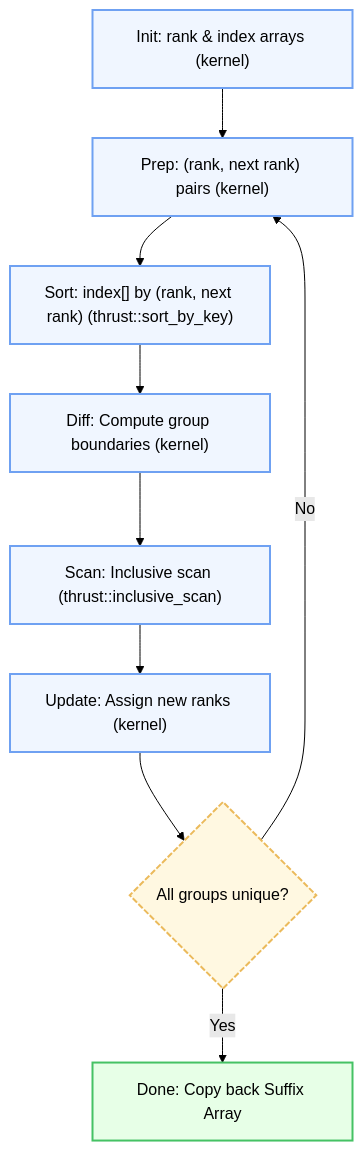
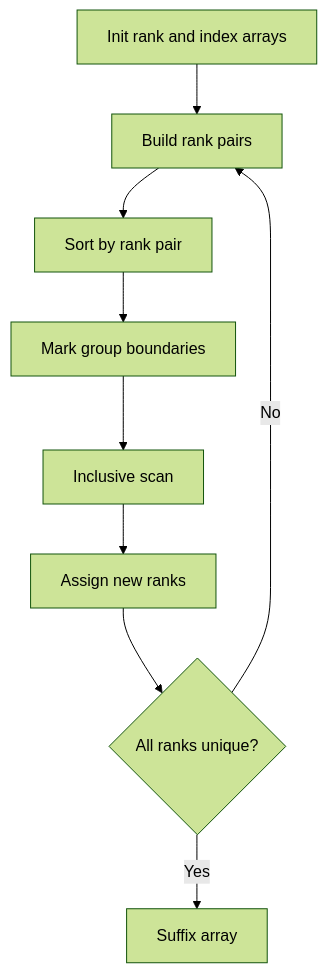
Before and after one commit to cannon-spencer/LZ77GPU: the first of 2 diagrams in README.md, drawn with Mermaid (forest theme). The commit also changed other lines of this file, not shown here.

````diff
--- a/README.md
+++ b/README.md
@@ -61,19 +76,11 @@
 ```mermaid
 flowchart TD
-    INIT["Init: rank & index arrays (kernel)"] --> PREP["Prep: (rank, next rank) pairs (kernel)"]
-    PREP --> SORT["Sort: index[] by (rank, next rank) (thrust::sort_by_key)"]
-    SORT --> DIFF["Diff: Compute group boundaries (kernel)"]
-    DIFF --> SCAN["Scan: Inclusive scan (thrust::inclusive_scan)"]
-    SCAN --> UPDATE["Update: Assign new ranks (kernel)"]
-    UPDATE --> EXIT{"All groups unique?"}
+    INIT["Init rank and index arrays"] --> PREP["Build rank pairs"]
+    PREP --> SORT["Sort by rank pair"]
+    SORT --> DIFF["Mark group boundaries"]
+    DIFF --> SCAN["Inclusive scan"]
+    SCAN --> UPDATE["Assign new ranks"]
+    UPDATE --> EXIT{"All ranks unique?"}
     EXIT -- No --> PREP
-    EXIT -- Yes --> DONE["Done: Copy back Suffix Array"]
-
-    classDef op fill:#f0f6ff,stroke:#6fa1f2,stroke-width:2px;
-    classDef cond fill:#fff8e1,stroke:#ebba5b,stroke-width:2px,stroke-dasharray: 6 2;
-    classDef done fill:#e7ffe7,stroke:#45c264,stroke-width:2px;
-
-    class INIT,PREP,SORT,DIFF,SCAN,UPDATE op
-    class EXIT cond
-    class DONE done
+    EXIT -- Yes --> DONE["Suffix array"]
 ```
````
